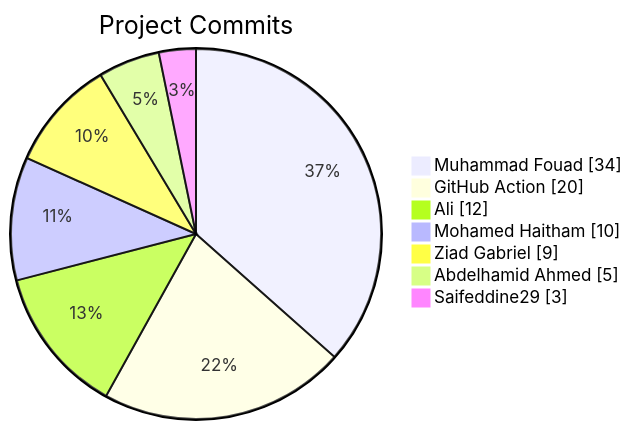
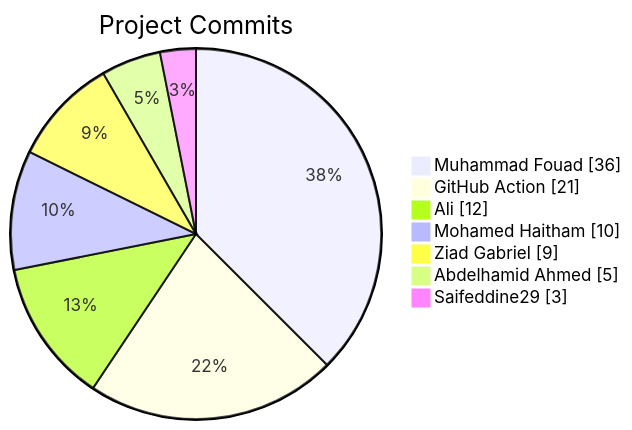
The diagram in README.md (Abdelhamid-El-rashidy/Library_System), drawn with Mermaid before and after one commit.

Commit message:
docs: update contributor stats [skip ci]

````diff
--- a/README.md
+++ b/README.md
@@ -6,11 +6,11 @@
 ```mermaid
 pie showData
     title Project Commits
-    "Muhammad Fouad" : 34
-    "GitHub Action" : 20
+    "Muhammad Fouad" : 36
+    "GitHub Action" : 21
     "Ali" : 12
     "Mohamed Haitham" : 10
     "Ziad Gabriel" : 9
     "Abdelhamid Ahmed" : 5
     "Saifeddine29" : 3
 ```
````
